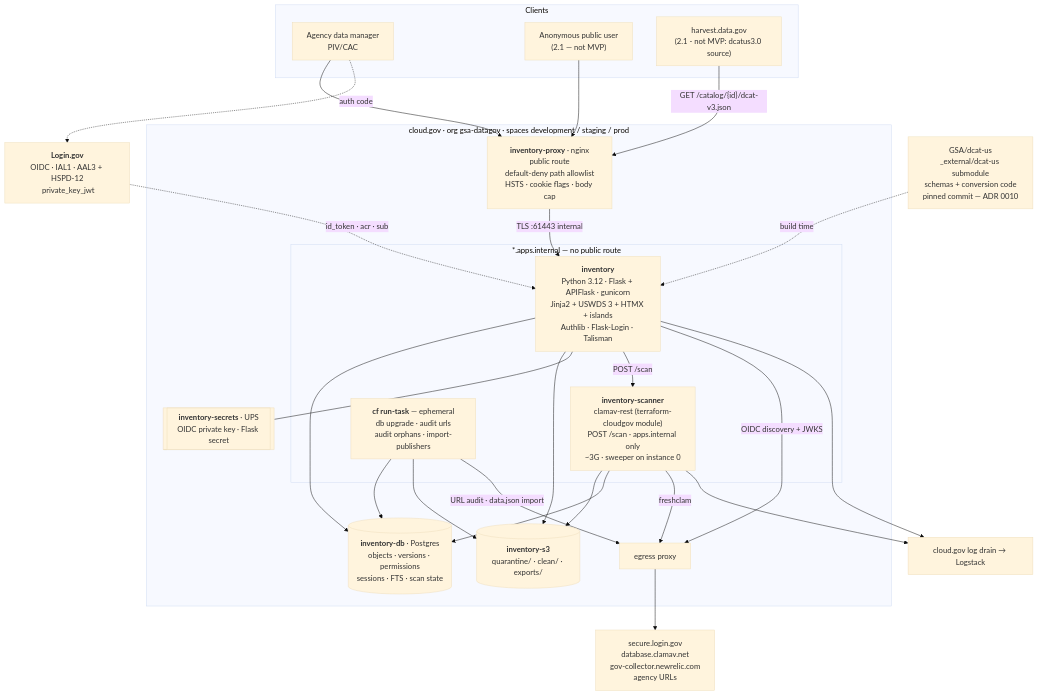
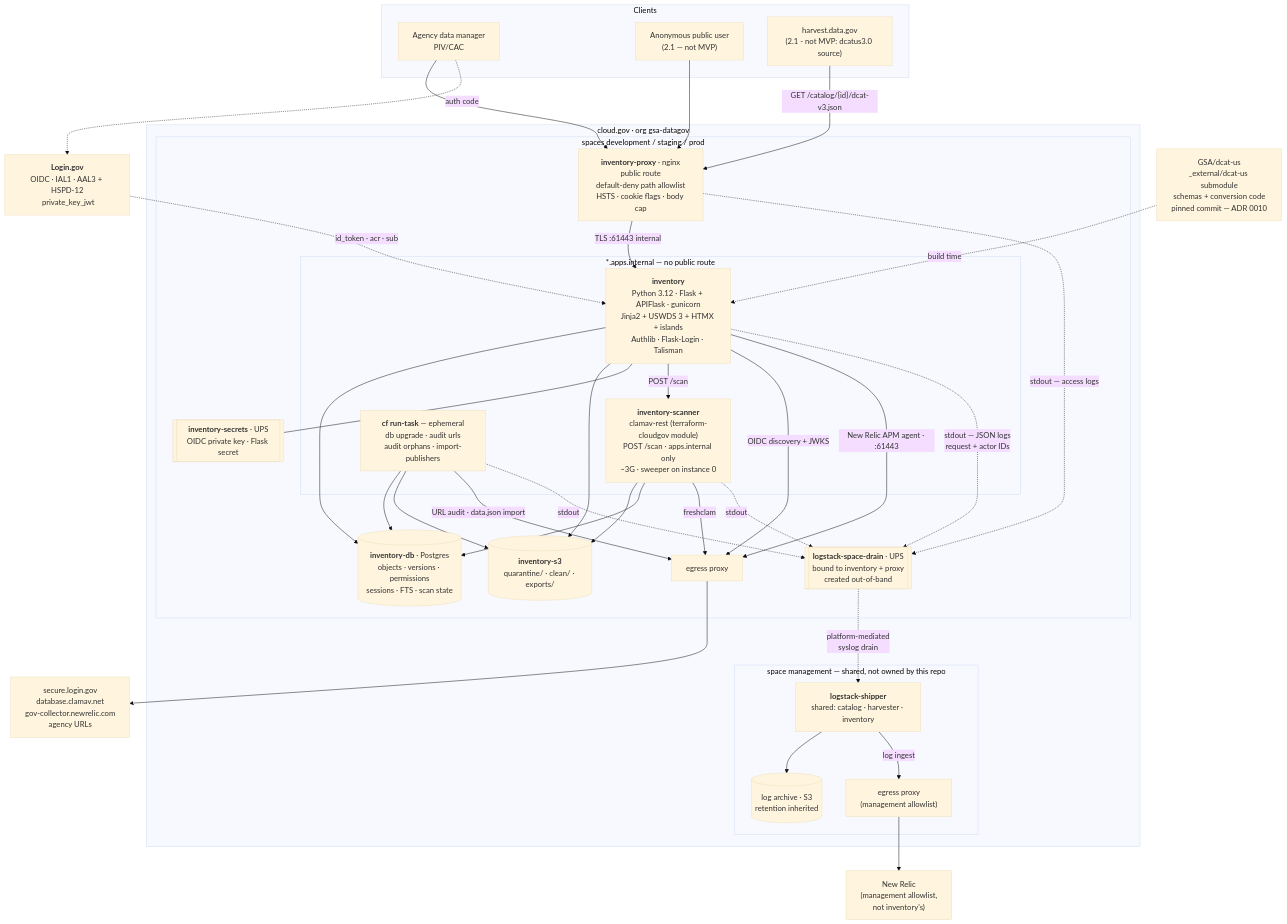
One commit to GSA/datagov-inventory changed the first of 8 diagrams in docs/architecture.md. Above: the diagram before and after it, drawn with Mermaid (base theme). The commit also changed other lines of this file and 3 other files, not shown here.

Commit message:
Add logstack drain to component diagram

````diff
--- a/docs/architecture.md
+++ b/docs/architecture.md
@@ -49,53 +43,69 @@
 ```mermaid
 flowchart TB
     subgraph clients["Clients"]
         GOV["Agency data manager<br/>PIV/CAC"]
         PUB["Anonymous public user<br/>(2.1 — not MVP)"]
         HARV["harvest.data.gov<br/>(2.1 - not MVP: dcatus3.0 source)"]
     end
 
     IDP["<b>Login.gov</b><br/>OIDC · IAL1 · AAL3 + HSPD-12<br/> private_key_jwt"]
 
-    subgraph cf["cloud.gov · org gsa-datagov · spaces development / staging / prod"]
-        PROXY["<b>inventory-proxy</b> · nginx<br/>public route<br/>default-deny path allowlist<br/>HSTS · cookie flags · body cap"]
+    subgraph org["cloud.gov · org gsa-datagov"]
+        subgraph cf["spaces development / staging / prod"]
+            PROXY["<b>inventory-proxy</b> · nginx<br/>public route<br/>default-deny path allowlist<br/>HSTS · cookie flags · body cap"]
 
-        subgraph internal["*.apps.internal — no public route"]
-            WEB["<b>inventory</b><br/>Python 3.12 · Flask + APIFlask · gunicorn<br/>Jinja2 + USWDS 3 + HTMX + islands<br/>Authlib · Flask-Login · Talisman"]
-            SCAN["<b>inventory-scanner</b><br/>clamav-rest (terraform-cloudgov module)<br/>POST /scan · apps.internal only<br/>~3G · sweeper on instance 0"]
-            TASK["<b>cf run-task</b> — ephemeral<br/>db upgrade · audit urls<br/>audit orphans · import-publishers"]
+            subgraph internal["*.apps.internal — no public route"]
+                WEB["<b>inventory</b><br/>Python 3.12 · Flask + APIFlask · gunicorn<br/>Jinja2 + USWDS 3 + HTMX + islands<br/>Authlib · Flask-Login · Talisman"]
+                SCAN["<b>inventory-scanner</b><br/>clamav-rest (terraform-cloudgov module)<br/>POST /scan · apps.internal only<br/>~3G · sweeper on instance 0"]
+                TASK["<b>cf run-task</b> — ephemeral<br/>db upgrade · audit urls<br/>audit orphans · import-publishers"]
+            end
+
+            PG[("<b>inventory-db</b> · Postgres<br/>objects · versions · permissions<br/>sessions · FTS · scan state")]
+            S3[("<b>inventory-s3</b><br/>quarantine/ · clean/ · exports/")]
+            SEC[["<b>inventory-secrets</b> · UPS<br/>OIDC private key · Flask secret"]]
+            EGRESS["egress proxy"]
+            DRAIN[["<b>logstack-space-drain</b> · UPS<br/>bound to inventory + proxy<br/>created out-of-band"]]
         end
 
-        PG[("<b>inventory-db</b> · Postgres<br/>objects · versions · permissions<br/>sessions · FTS · scan state")]
-        S3[("<b>inventory-s3</b><br/>quarantine/ · clean/ · exports/")]
-        SEC[["<b>inventory-secrets</b> · UPS<br/>OIDC private key · Flask secret"]]
-        EGRESS["egress proxy"]
+        subgraph mgmt["space management — shared, not owned by this repo"]
+            SHIP["<b>logstack-shipper</b><br/>shared: catalog · harvester · inventory"]
+            LOGS3[("log archive · S3<br/>retention inherited")]
+            MEGRESS["egress proxy<br/>(management allowlist)"]
+        end
     end
 
-    LOG["cloud.gov log drain → Logstack"]
     SCHEMA["GSA/dcat-us<br/>_external/dcat-us submodule<br/>schemas + conversion code<br/>pinned commit — ADR 0010"]
 
     GOV --> PROXY
     PUB --> PROXY
     HARV -->|"GET /catalog/{id}/dcat-v3.json"| PROXY
     PROXY -->|"TLS :61443 internal"| WEB
     GOV -.->|"auth code"| IDP
     IDP -.->|"id_token · acr · sub"| WEB
 
     WEB --> PG
     WEB --> S3
     WEB --- SEC
     WEB -->|"POST /scan"| SCAN
     SCAN --> S3
     SCAN --> PG
     TASK --> PG
     TASK --> S3
 
     WEB -->|"OIDC discovery + JWKS"| EGRESS
     SCAN -->|"freshclam"| EGRESS
     TASK -->|"URL audit · data.json import"| EGRESS
+    WEB -->|"New Relic APM agent · :61443"| EGRESS
     EGRESS --> OUT["secure.login.gov<br/>database.clamav.net<br/>gov-collector.newrelic.com<br/>agency URLs"]
 
     SCHEMA -.->|"build time"| WEB
-    WEB --> LOG
-    SCAN --> LOG
+
+    PROXY -.->|"stdout — access logs"| DRAIN
+    WEB -.->|"stdout — JSON logs<br/>request + actor IDs"| DRAIN
+    SCAN -.->|"stdout"| DRAIN
+    TASK -.->|"stdout"| DRAIN
+    DRAIN -.->|"platform-mediated<br/>syslog drain"| SHIP
+    SHIP --> LOGS3
+    SHIP -->|"log ingest"| MEGRESS
+    MEGRESS --> NR["New Relic<br/>(management allowlist,<br/>not inventory's)"]
 ```
````
